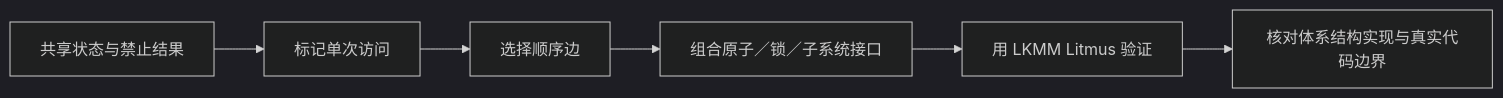
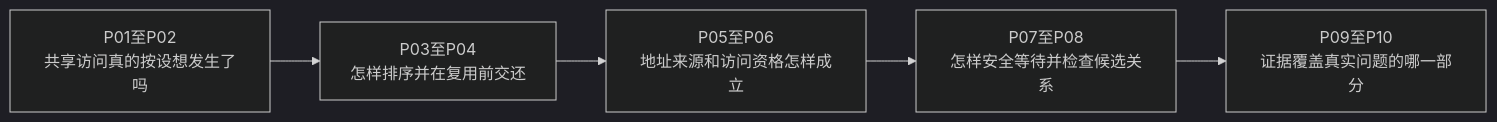
The diagram in knowledge/linux/synchronization_and_asynchrony/synchronization/memory_ordering/大纲.md (FormingSystem/linux_note), drawn with Mermaid (dark theme) before and after one commit. The commit also changed other lines of this file and 6 other files, not shown here.

````diff
--- a/knowledge/linux/synchronization_and_asynchrony/synchronization/memory_ordering/大纲.md
+++ b/knowledge/linux/synchronization_and_asynchrony/synchronization/memory_ordering/大纲.md
@@ -22,8 +22,7 @@
 ```mermaid
 flowchart LR
-    A[共享状态与禁止结果] --> B[标记单次访问]
-    B --> C[选择顺序边]
-    C --> D[组合原子／锁／子系统接口]
-    D --> E[用 LKMM Litmus 验证]
-    E --> F[核对体系结构实现与真实代码边界]
+    A[P01至P02<br/>共享访问真的按设想发生了吗] --> B[P03至P04<br/>怎样排序并在复用前交还]
+    B --> C[P05至P06<br/>地址来源和访问资格怎样成立]
+    C --> D[P07至P08<br/>怎样安全等待并检查候选关系]
+    D --> E[P09至P10<br/>证据覆盖真实问题的哪一部分]
 ```
````
